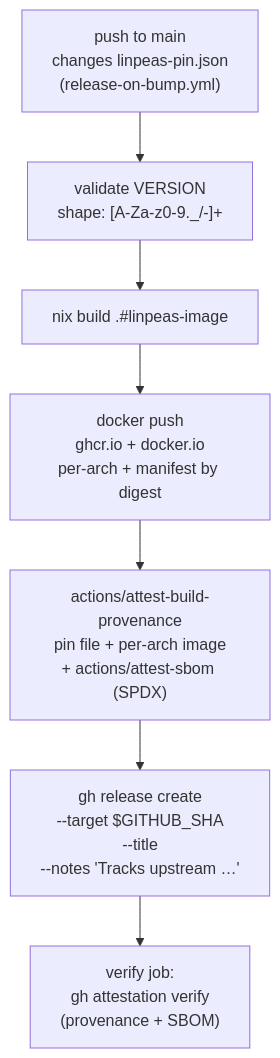
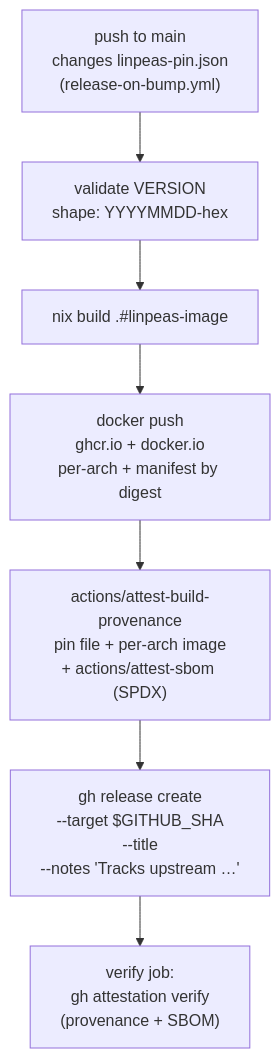
One commit to rvenutolo/linPEAS-flake changed the second of 3 diagrams in docs/architecture/auto-update.md. Above: the diagram before and after it, drawn with Mermaid. The commit also changed other lines of this file and 1 other file, not shown here.

First line of the commit message:
docs: correct release VERSION shape to canonical pin regex

````diff
--- a/docs/architecture/auto-update.md
+++ b/docs/architecture/auto-update.md
@@ -28,14 +28,14 @@
 ```mermaid
 flowchart TD
   trigger["push to main<br/>changes linpeas-pin.json<br/>(release-on-bump.yml)"]
-  validate["validate VERSION<br/>shape: [A-Za-z0-9._/-]+"]
+  validate["validate VERSION<br/>shape: YYYYMMDD-hex"]
   build_image["nix build .#linpeas-image"]
   push_image["docker push<br/>ghcr.io + docker.io<br/>per-arch + manifest by digest"]
   attest["actions/attest-build-provenance<br/>pin file + per-arch image<br/>+ actions/attest-sbom (SPDX)"]
   release["gh release create <tag><br/>--target $GITHUB_SHA<br/>--title <tag><br/>--notes 'Tracks upstream …'"]
   verify["verify job:<br/>gh attestation verify<br/>(provenance + SBOM)"]
 
   trigger --> validate --> build_image --> push_image
   push_image --> attest
   attest --> release --> verify
 ```
````
